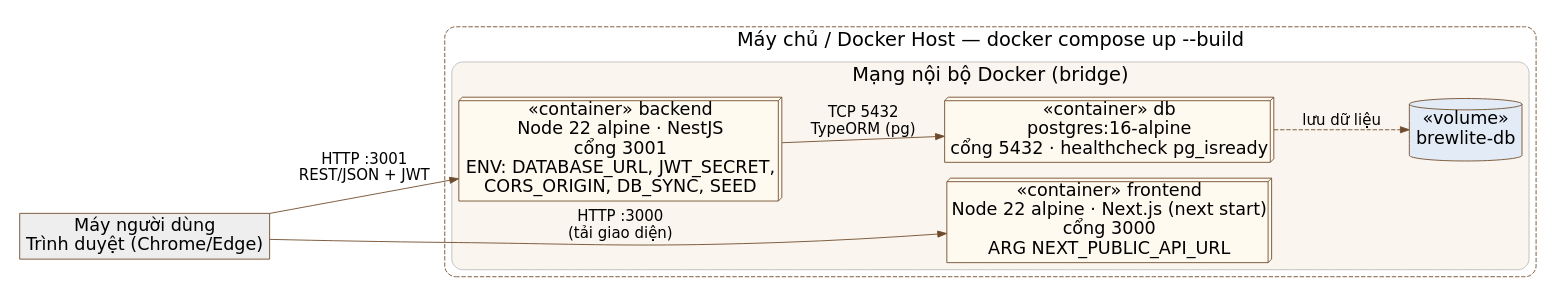
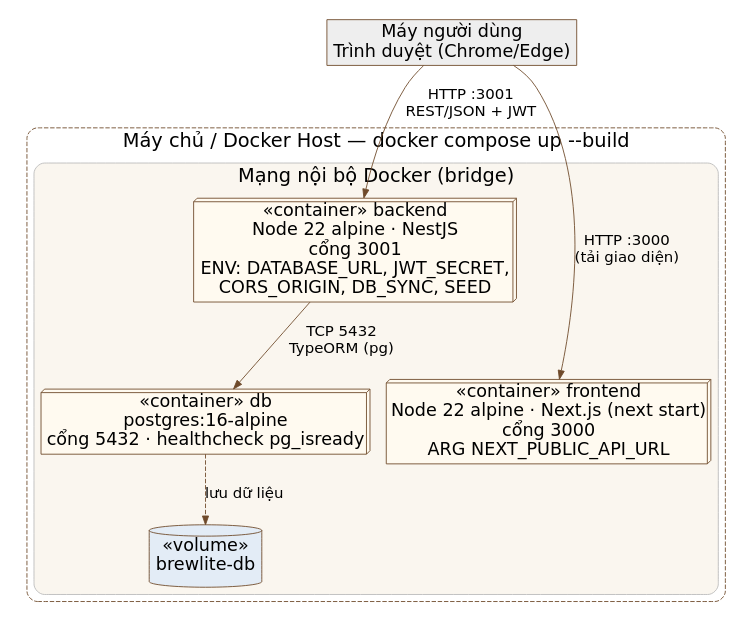
The diagram in report/diagrams/deployment.dot (kaiqwwp/brewlite), drawn with Graphviz before and after one commit. The commit also changed 45 other files, not shown here.

First line of the commit message:
Docs: diagrams portrait, fill report info, centered cover

```diff
--- a/report/diagrams/deployment.dot
+++ b/report/diagrams/deployment.dot
@@ -1,16 +1,16 @@
-digraph D { graph [fontname="DejaVu Sans" fontsize=22 pad=0.2]; node [fontname="DejaVu Sans" fontsize=20]; edge [fontname="DejaVu Sans" fontsize=17 color="#6f4a2b"]; rankdir=LR; compound=true; nodesep=0.25; ranksep=0.9; node [shape=box3d style=filled fillcolor="#fffaf0" color="#6f4a2b"];
+digraph D { graph [fontname="DejaVu Sans" fontsize=22 pad=0.2]; node [fontname="DejaVu Sans" fontsize=20]; edge [fontname="DejaVu Sans" fontsize=17 color="#6f4a2b"]; rankdir=TB; compound=true; nodesep=0.25; ranksep=0.7; node [shape=box3d style=filled fillcolor="#fffaf0" color="#6f4a2b"];
  user [label="Máy người dùng\nTrình duyệt (Chrome/Edge)" shape=box style="filled" fillcolor="#eeeeee"];
  subgraph cluster_host { label="Máy chủ / Docker Host — docker compose up --build"; style="rounded,dashed"; color="#6f4a2b";
   subgraph cluster_net { label="Mạng nội bộ Docker (bridge)"; style="rounded,filled"; fillcolor="#faf6ef"; color="#bbbbbb";
    fe [label="«container» frontend\nNode 22 alpine · Next.js (next start)\ncổng 3000\nARG NEXT_PUBLIC_API_URL"];
    be [label="«container» backend\nNode 22 alpine · NestJS\ncổng 3001\nENV: DATABASE_URL, JWT_SECRET,\nCORS_ORIGIN, DB_SYNC, SEED"];
    db [label="«container» db\npostgres:16-alpine\ncổng 5432 · healthcheck pg_isready" ];
    vol [label="«volume»\nbrewlite-db" shape=cylinder fillcolor="#e3ecf6"];
   }
  }
  user -> fe [label="HTTP :3000\n(tải giao diện)"];
  user -> be [label="HTTP :3001\nREST/JSON + JWT"];
  be -> db [label="TCP 5432\nTypeORM (pg)"];
  db -> vol [label="lưu dữ liệu" style=dashed];
  be -> fe [style=invis];
 }
```
